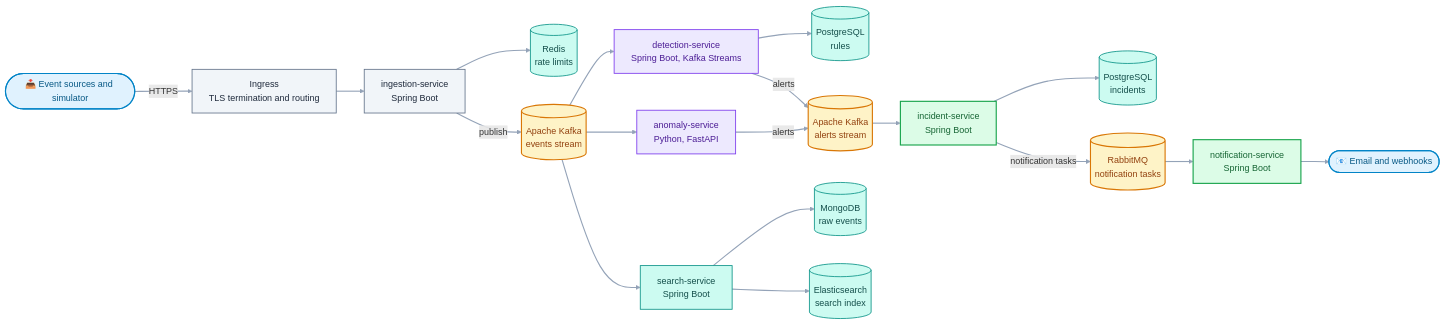
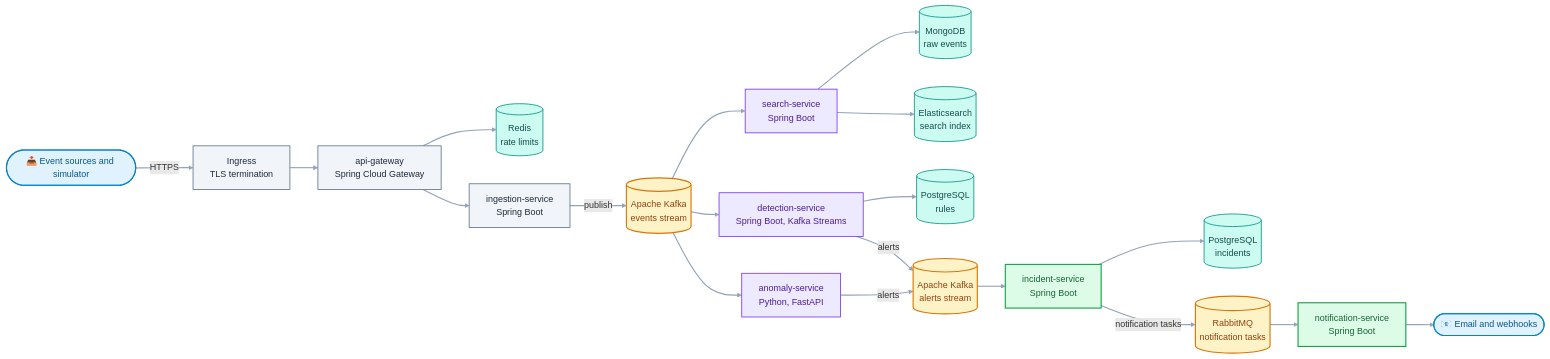
Before and after one commit to SecOpsCore/docs: the second of 7 diagrams in ARCHITECTURE.md, drawn with Mermaid. The commit also changed other lines of this file, not shown here.

Commit message:
docs: update ARCHITECTURE

````diff
--- a/ARCHITECTURE.md
+++ b/ARCHITECTURE.md
@@ -129,54 +130,56 @@
 ```mermaid
 flowchart LR
     SRC(["📥 Event sources and simulator"])
-    GW["Ingress<br/>TLS termination and routing"]
+    EDG["Ingress<br/>TLS termination"]
+    GWY["api-gateway<br/>Spring Cloud Gateway"]
+    RED[("Redis<br/>rate limits")]
     ING["ingestion-service<br/>Spring Boot"]
-    RED[("Redis<br/>rate limits")]
     EVT[("Apache Kafka<br/>events stream")]
     DET["detection-service<br/>Spring Boot, Kafka Streams"]
     ANO["anomaly-service<br/>Python, FastAPI"]
     SRCH["search-service<br/>Spring Boot"]
-    PGD[("PostgreSQL<br/>rules")]
     MON[("MongoDB<br/>raw events")]
     ES[("Elasticsearch<br/>search index")]
+    PGD[("PostgreSQL<br/>rules")]
     ALR[("Apache Kafka<br/>alerts stream")]
     INC["incident-service<br/>Spring Boot"]
     PGI[("PostgreSQL<br/>incidents")]
     RMQ[("RabbitMQ<br/>notification tasks")]
     NOT["notification-service<br/>Spring Boot"]
     MAIL(["📧 Email and webhooks"])
 
-    SRC -->|"HTTPS"| GW
-    GW --> ING
-    ING --> RED
+    SRC -->|"HTTPS"| EDG
+    EDG --> GWY
+    GWY --> RED
+    GWY --> ING
     ING -->|"publish"| EVT
     EVT --> DET
     EVT --> ANO
     EVT --> SRCH
     DET --> PGD
     DET -->|"alerts"| ALR
     ANO -->|"alerts"| ALR
     SRCH --> MON
     SRCH --> ES
     ALR --> INC
     INC --> PGI
     INC -->|"notification tasks"| RMQ
     RMQ --> NOT
     NOT --> MAIL
 
     classDef source fill:#E0F2FE,stroke:#0284C7,color:#075985,stroke-width:2px
     classDef pipeline fill:#F1F5F9,stroke:#64748B,color:#1E293B,stroke-width:1.5px
     classDef messaging fill:#FEF3C7,stroke:#D97706,color:#92400E,stroke-width:2px
     classDef storage fill:#CCFBF1,stroke:#0D9488,color:#134E4A,stroke-width:1.5px
     classDef processing fill:#EDE9FE,stroke:#7C3AED,color:#4C1D95,stroke-width:1.5px
     classDef output fill:#DCFCE7,stroke:#16A34A,color:#166534,stroke-width:2px
 
     class SRC,MAIL source
-    class GW,ING pipeline
+    class EDG,GWY,ING pipeline
     class EVT,ALR,RMQ messaging
-    class RED,PGD,MON,ES,PGI,SRCH storage
-    class DET,ANO processing
+    class RED,MON,ES,PGD,PGI storage
+    class DET,ANO,SRCH processing
     class INC,NOT output
 
     linkStyle default stroke:#94A3B8,stroke-width:2px
 ```
````
